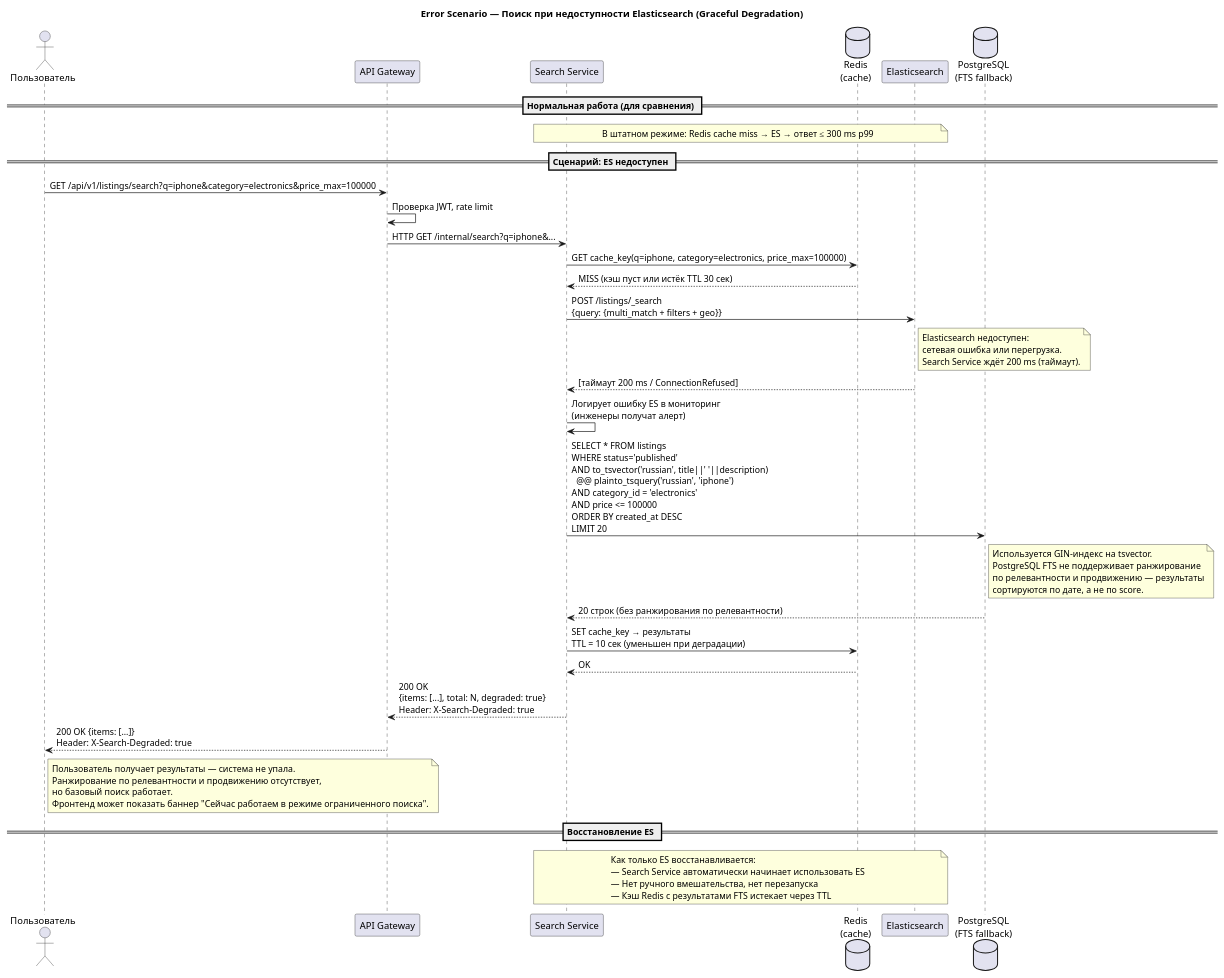
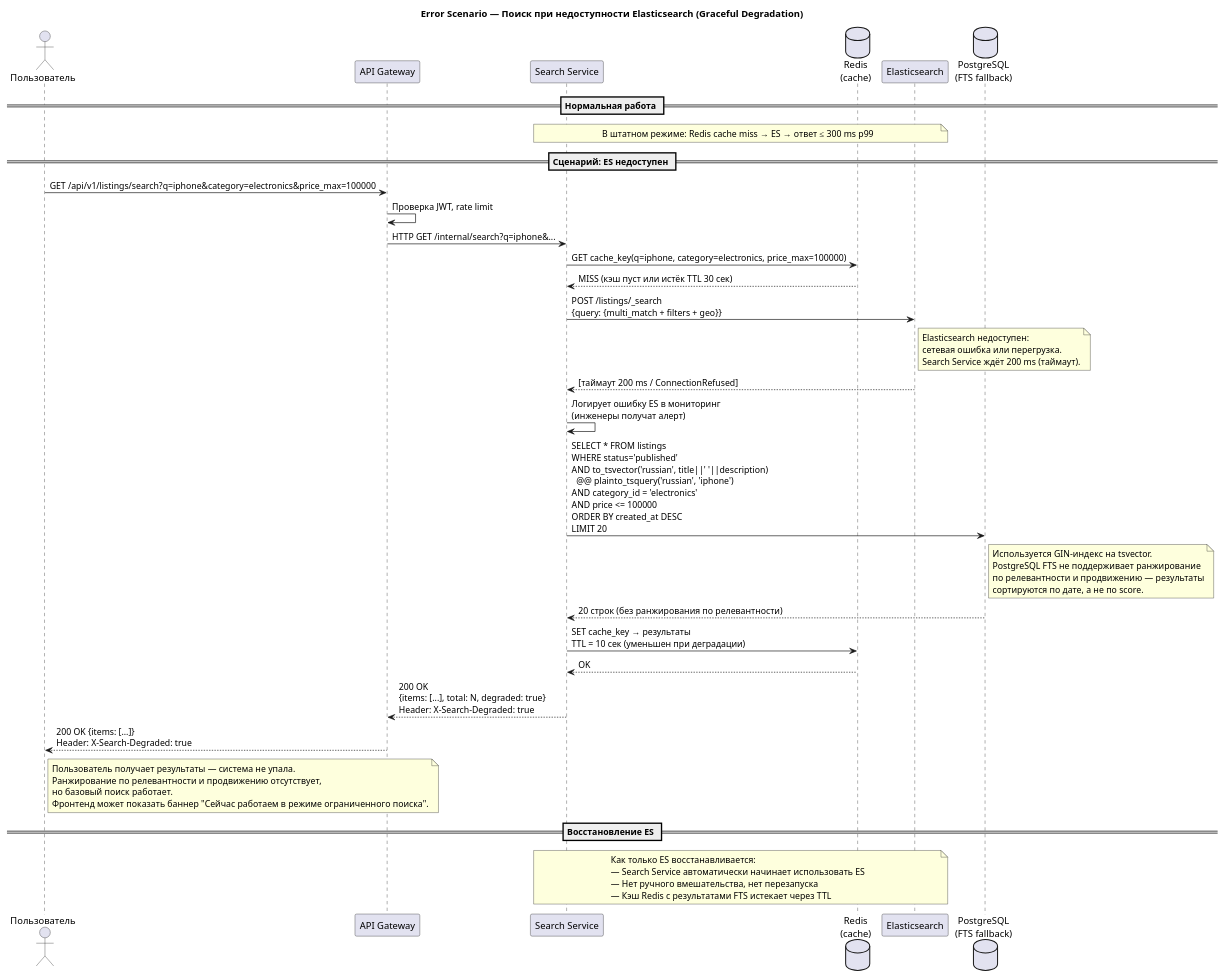
One commit to vitaliysev/highload changed the diagram in docs/diagrams/sequence-error.puml. Above: the diagram before and after it, drawn with PlantUML. The commit also changed 4 other files, not shown here.

```diff
--- a/docs/diagrams/sequence-error.puml
+++ b/docs/diagrams/sequence-error.puml
@@ -1,71 +1,71 @@
 @startuml Sequence_Error
 
 title Error Scenario — Поиск при недоступности Elasticsearch (Graceful Degradation)
 
 actor "Пользователь" as User
 participant "API Gateway" as GW
 participant "Search Service" as SS
 database "Redis\n(cache)" as Redis
 participant "Elasticsearch" as ES
 database "PostgreSQL\n(FTS fallback)" as PG
 
-== Нормальная работа (для сравнения) ==
+== Нормальная работа ==
 
 note over SS, ES
   В штатном режиме: Redis cache miss → ES → ответ ≤ 300 ms p99
 end note
 
 == Сценарий: ES недоступен ==
 
 User -> GW : GET /api/v1/listings/search?q=iphone&category=electronics&price_max=100000
 GW -> GW : Проверка JWT, rate limit
 GW -> SS : HTTP GET /internal/search?q=iphone&...
 
 SS -> Redis : GET cache_key(q=iphone, category=electronics, price_max=100000)
 Redis --> SS : MISS (кэш пуст или истёк TTL 30 сек)
 
 SS -> ES : POST /listings/_search\n{query: {multi_match + filters + geo}}
 note right of ES
   Elasticsearch недоступен:
   сетевая ошибка или перегрузка.
   Search Service ждёт 200 ms (таймаут).
 end note
 
 ES --> SS : [таймаут 200 ms / ConnectionRefused]
 
 SS -> SS : Логирует ошибку ES в мониторинг\n(инженеры получат алерт)
 
 SS -> PG : SELECT * FROM listings\nWHERE status='published'\nAND to_tsvector('russian', title||' '||description)\n  @@ plainto_tsquery('russian', 'iphone')\nAND category_id = 'electronics'\nAND price <= 100000\nORDER BY created_at DESC\nLIMIT 20
 
 note right of PG
   Используется GIN-индекс на tsvector.
   PostgreSQL FTS не поддерживает ранжирование
   по релевантности и продвижению — результаты
   сортируются по дате, а не по score.
 end note
 
 PG --> SS : 20 строк (без ранжирования по релевантности)
 
 SS -> Redis : SET cache_key → результаты\nTTL = 10 сек (уменьшен при деградации)
 Redis --> SS : OK
 
 SS --> GW : 200 OK\n{items: [...], total: N, degraded: true}\nHeader: X-Search-Degraded: true
 GW --> User : 200 OK {items: [...]}\nHeader: X-Search-Degraded: true
 
 note right of User
   Пользователь получает результаты — система не упала.
   Ранжирование по релевантности и продвижению отсутствует,
   но базовый поиск работает.
   Фронтенд может показать баннер "Сейчас работаем в режиме ограниченного поиска".
 end note
 
 == Восстановление ES ==
 
 note over SS, ES
   Как только ES восстанавливается:
   — Search Service автоматически начинает использовать ES
   — Нет ручного вмешательства, нет перезапуска
   — Кэш Redis с результатами FTS истекает через TTL
 end note
 
 @enduml
```
